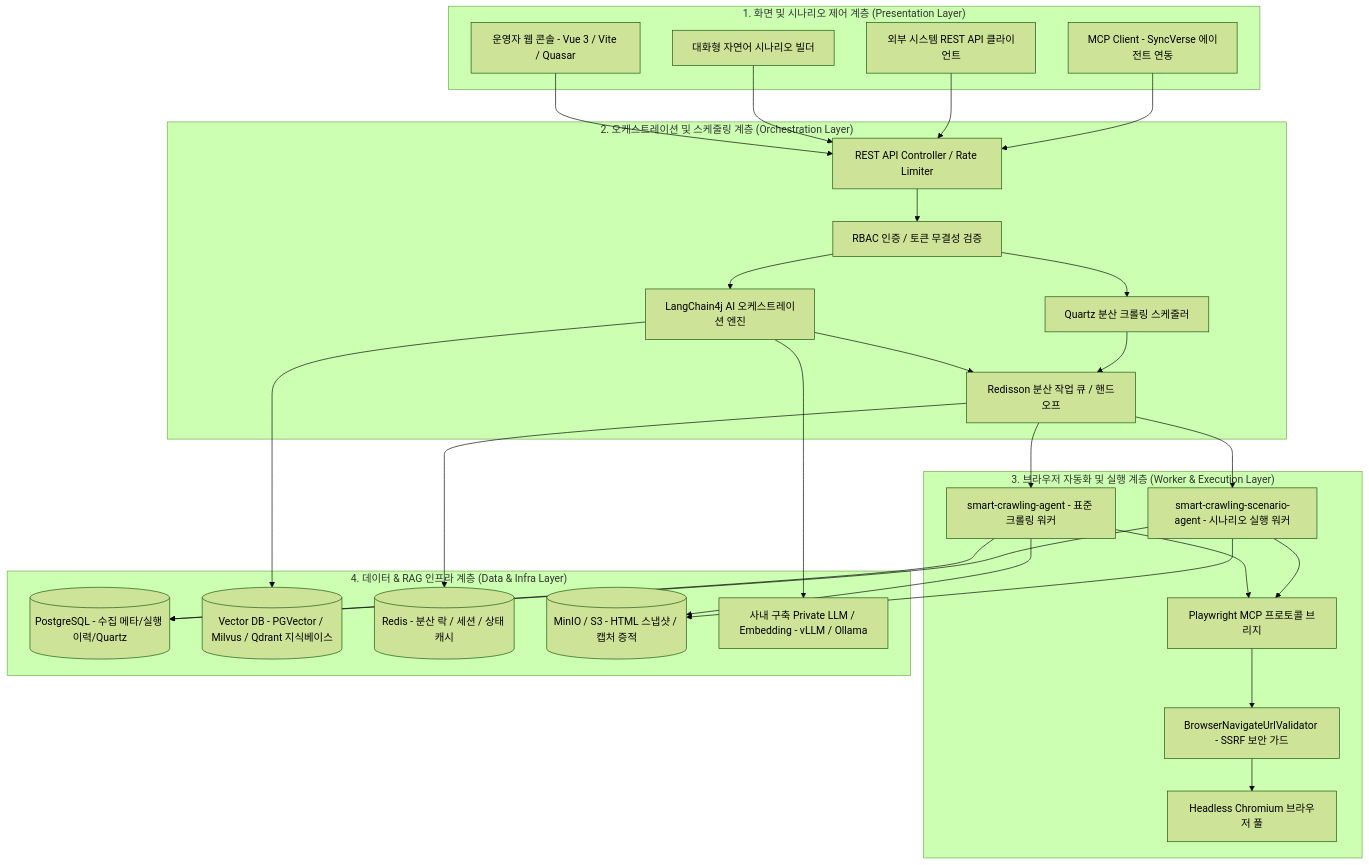
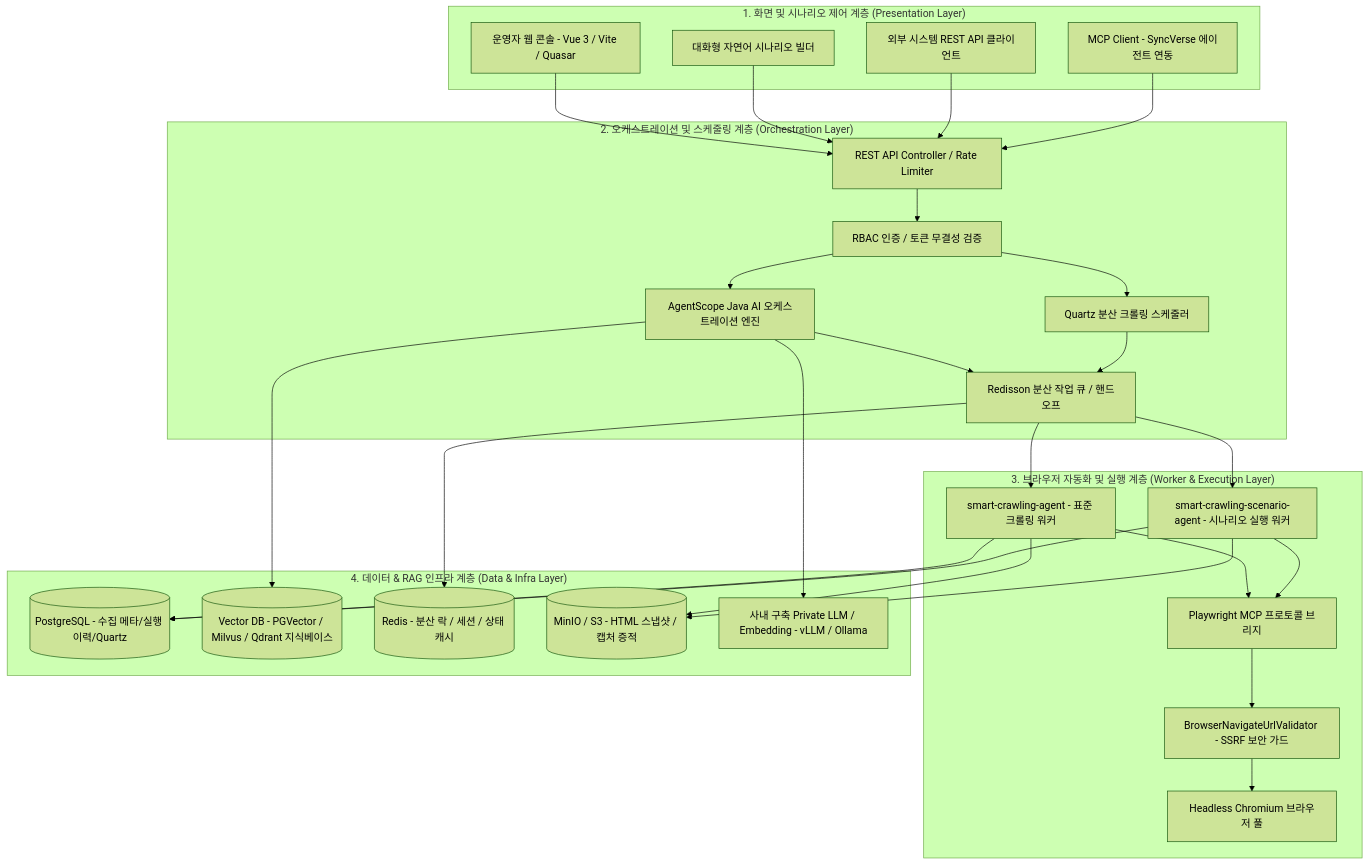
The diagram in ko/synccrawl/architecture.md (DramaticCollaboration/doc.github.io), drawn with Mermaid (forest theme) before and after one commit. The commit also changed other lines of this file and 21 other files, not shown here.

````diff
--- a/ko/synccrawl/architecture.md
+++ b/ko/synccrawl/architecture.md
@@ -15,45 +15,45 @@
 ```mermaid
 graph TD
     subgraph "1. 화면 및 시나리오 제어 계층 (Presentation Layer)"
         UI1[운영자 웹 콘솔 - Vue 3 / Vite / Quasar]
         UI2[대화형 자연어 시나리오 빌더]
         UI3[외부 시스템 REST API 클라이언트]
         UI4[MCP Client - SyncVerse 에이전트 연동]
     end
 
     subgraph "2. 오케스트레이션 및 스케줄링 계층 (Orchestration Layer)"
         GW[REST API Controller / Rate Limiter]
         AUTH[RBAC 인증 / 토큰 무결성 검증]
         SCHED[Quartz 분산 크롤링 스케줄러]
-        LC4J[LangChain4j AI 오케스트레이션 엔진]
+        AS[AgentScope Java AI 오케스트레이션 엔진]
         QUEUE[Redisson 분산 작업 큐 / 핸드오프]
     end
 
     subgraph "3. 브라우저 자동화 및 실행 계층 (Worker & Execution Layer)"
         AGENT1[smart-crawling-agent - 표준 크롤링 워커]
         AGENT2[smart-crawling-scenario-agent - 시나리오 실행 워커]
         MCP_PLAY[Playwright MCP 프로토콜 브리지]
         POOL[Headless Chromium 브라우저 풀]
         SSRF[BrowserNavigateUrlValidator - SSRF 보안 가드]
     end
 
     subgraph "4. 데이터 & RAG 인프라 계층 (Data & Infra Layer)"
         RDB[(PostgreSQL - 수집 메타/실행 이력/Quartz)]
         VEC[(Vector DB - PGVector / Milvus / Qdrant 지식베이스)]
         CACHE[(Redis - 분산 락 / 세션 / 상태 캐시)]
         STORAGE[(MinIO / S3 - HTML 스냅샷 / 캡처 증적)]
         LLM[사내 구축 Private LLM / Embedding - vLLM / Ollama]
     end
 
     UI1 & UI2 & UI3 & UI4 --> GW
     GW --> AUTH
-    AUTH --> LC4J & SCHED
-    LC4J & SCHED --> QUEUE
+    AUTH --> AS & SCHED
+    AS & SCHED --> QUEUE
     QUEUE --> AGENT1 & AGENT2
     AGENT1 & AGENT2 --> MCP_PLAY
     MCP_PLAY --> SSRF
     SSRF --> POOL
     AGENT1 & AGENT2 --> RDB & STORAGE
-    LC4J --> VEC & LLM
+    AS --> VEC & LLM
     QUEUE --> CACHE
 ```
````
